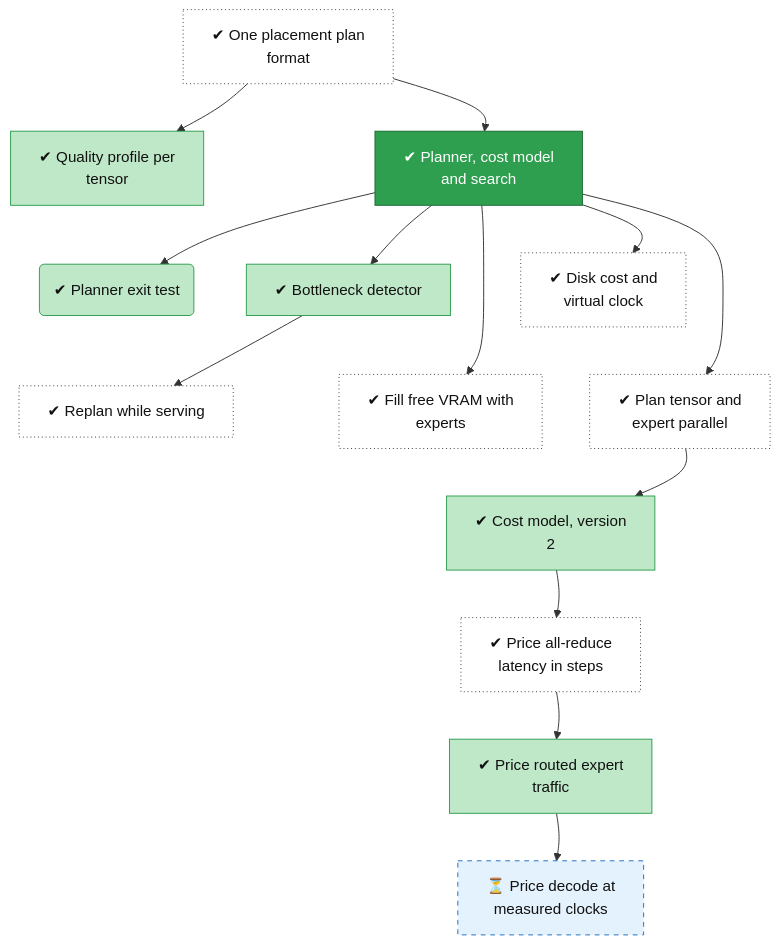
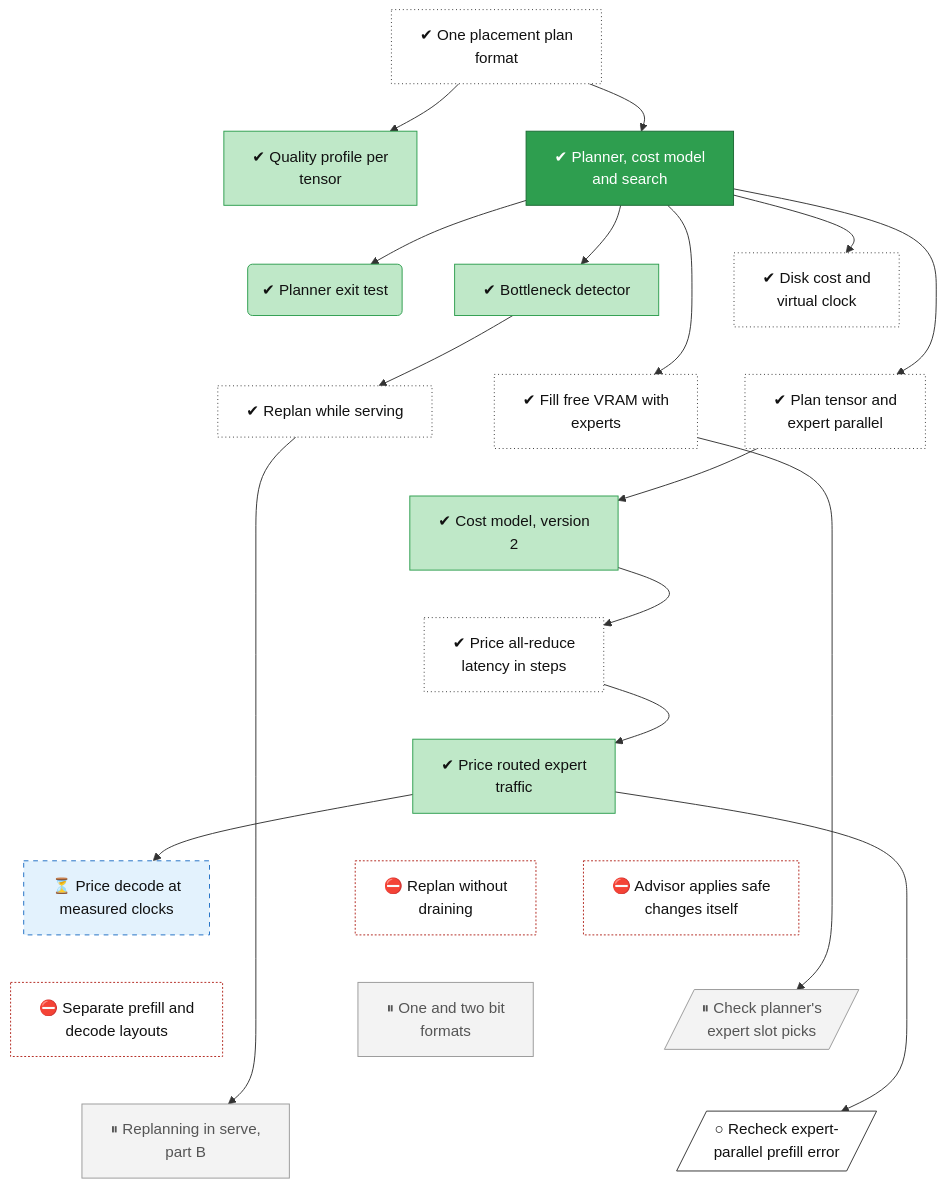
Before and after one commit to lhns/tetraeder: the diagram in docs/roadmap/tracks/planner.md, drawn with Mermaid. The commit also changed other lines of this file and 12 other files, not shown here.

Commit message:
Roadmap: forward nodes for every unbuilt planned item (phases 6 to 9, parked Phase 2 to 5 items, Track B, D1), cluster track, box-later and cluster lanes

````diff
--- a/docs/roadmap/tracks/planner.md
+++ b/docs/roadmap/tracks/planner.md
@@ -10,60 +10,81 @@
 ```mermaid
 flowchart TB
     planner_plan_ir["✔ One placement plan<br/>format"]
     planner_quality["✔ Quality profile per<br/>tensor"]
     planner_core["✔ Planner, cost model<br/>and search"]
     planner_exit("✔ Planner exit test")
     planner_detector["✔ Bottleneck detector"]
     planner_tier_cost["✔ Disk cost and<br/>virtual clock"]
     planner_replan["✔ Replan while serving"]
     planner_fill_tier["✔ Fill free VRAM with<br/>experts"]
     planner_parallel_shapes["✔ Plan tensor and<br/>expert parallel"]
     planner_cost_v2["✔ Cost model, version<br/>2"]
     planner_cost_v3["✔ Price all-reduce<br/>latency in steps"]
     planner_cost_v4["✔ Price routed expert<br/>traffic"]
     planner_cost_model_v5["⏳ Price decode at<br/>measured clocks"]
+    planner_live_replan["⛔ Replan without<br/>draining"]
+    planner_advisor_auto["⛔ Advisor applies safe<br/>changes itself"]
+    planner_split_layouts["⛔ Separate prefill and<br/>decode layouts"]
+    planner_low_bit_formats["⏸ One and two bit<br/>formats"]
+    planner_slot_campaign[/"⏸ Check planner's<br/>expert slot picks"/]
+    planner_replan_part_b["⏸ Replanning in serve,<br/>part B"]
+    planner_ep_prefill_recheck[/"○ Recheck expert-<br/>parallel prefill error"/]
     planner_plan_ir ~~~ planner_quality
     planner_plan_ir ~~~ planner_core
     planner_quality ~~~ planner_exit
     planner_core ~~~ planner_detector
     planner_core ~~~ planner_tier_cost
     planner_exit ~~~ planner_replan
     planner_detector ~~~ planner_fill_tier
     planner_tier_cost ~~~ planner_parallel_shapes
     planner_replan ~~~ planner_cost_v2
     planner_fill_tier ~~~ planner_cost_v2
     planner_parallel_shapes ~~~ planner_cost_v2
     planner_cost_v2 ~~~ planner_cost_v3
     planner_cost_v3 ~~~ planner_cost_v4
     planner_cost_v4 ~~~ planner_cost_model_v5
+    planner_cost_v4 ~~~ planner_live_replan
+    planner_cost_v4 ~~~ planner_advisor_auto
+    planner_cost_model_v5 ~~~ planner_split_layouts
+    planner_live_replan ~~~ planner_low_bit_formats
+    planner_advisor_auto ~~~ planner_slot_campaign
+    planner_split_layouts ~~~ planner_replan_part_b
+    planner_low_bit_formats ~~~ planner_ep_prefill_recheck
+    planner_slot_campaign ~~~ planner_ep_prefill_recheck
     planner_plan_ir --> planner_quality
     planner_plan_ir --> planner_core
     planner_core --> planner_exit
     planner_core --> planner_detector
     planner_core --> planner_tier_cost
     planner_detector --> planner_replan
     planner_core --> planner_fill_tier
     planner_core --> planner_parallel_shapes
     planner_parallel_shapes --> planner_cost_v2
     planner_cost_v2 --> planner_cost_v3
     planner_cost_v3 --> planner_cost_v4
     planner_cost_v4 --> planner_cost_model_v5
+    planner_fill_tier --> planner_slot_campaign
+    planner_replan --> planner_replan_part_b
+    planner_cost_v4 --> planner_ep_prefill_recheck
     classDef vsucc fill:#2e9e4f,stroke:#1b6b34,color:#fff
     classDef succ fill:#bfe8c8,stroke:#2e9e4f,color:#111
     classDef mixed fill:#ffd37a,stroke:#c98a00,color:#111
     classDef bad fill:#f28b82,stroke:#b3261e,color:#111
     classDef dead fill:#e6e6e6,stroke:#777,stroke-dasharray:5 5,color:#555
     classDef inprog fill:#a8cdf5,stroke:#1f6fc5,color:#111
     classDef next fill:#fff,stroke:#333,color:#111
     classDef blocked fill:#fff,stroke:#b3261e,stroke-dasharray:2 2,color:#111
     classDef parked fill:#f3f3f3,stroke:#999,color:#555
     classDef unrated fill:#fff,stroke:#333,stroke-dasharray:1 3,color:#111
     classDef gate fill:#d9c2f0,stroke:#7b3fb5,color:#111
     classDef decided fill:#ece0f7,stroke:#7b3fb5,stroke-dasharray:2 2,color:#111
     classDef finding fill:#ffe0b2,stroke:#d84315,stroke-width:2px,color:#111
     classDef waiting fill:#e3f2fd,stroke:#1f6fc5,stroke-dasharray:5 5,color:#111
     class planner_plan_ir,planner_tier_cost,planner_replan,planner_fill_tier,planner_parallel_shapes,planner_cost_v3 unrated
     class planner_quality,planner_exit,planner_detector,planner_cost_v2,planner_cost_v4 succ
     class planner_core vsucc
     class planner_cost_model_v5 waiting
+    class planner_live_replan,planner_advisor_auto,planner_split_layouts blocked
+    class planner_low_bit_formats,planner_slot_campaign,planner_replan_part_b parked
+    class planner_ep_prefill_recheck next
 ```
````
